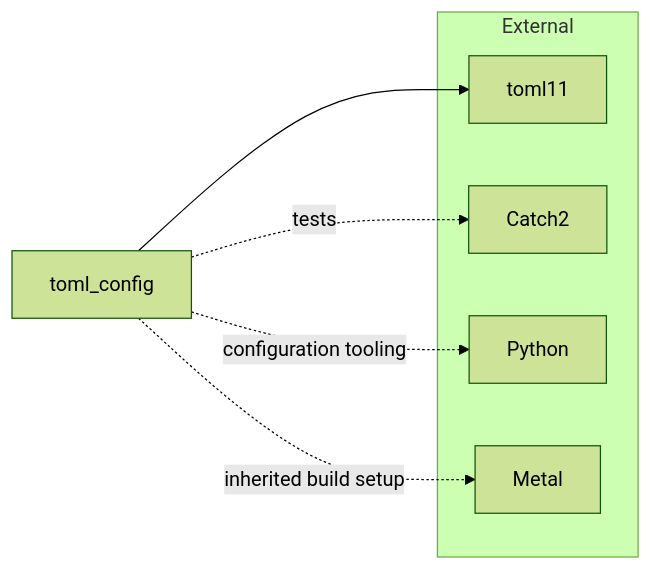
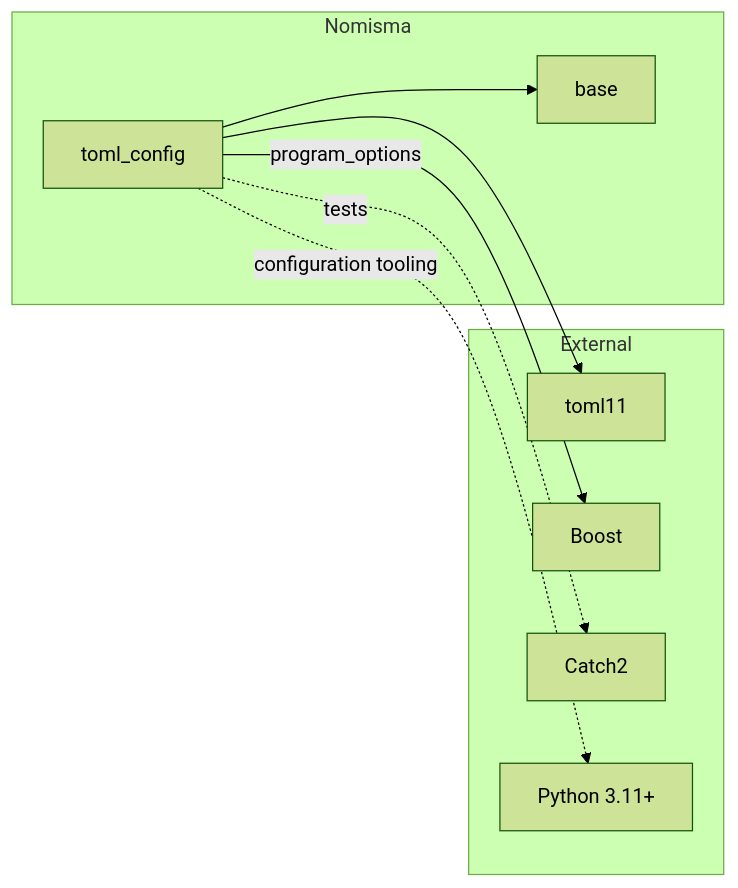
One commit to nomisma-labs/handbook changed the fifth of 7 diagrams in master_plan/core-layer.md. Above: the diagram before and after it, drawn with Mermaid (forest theme). The commit also changed other lines of this file and 2 other files, not shown here.

Commit message:
Update TOML config

````diff
--- a/master_plan/core-layer.md
+++ b/master_plan/core-layer.md
@@ -193,14 +197,18 @@
 ```mermaid
 flowchart LR
-    toml["toml_config"]
+    subgraph nomisma["Nomisma"]
+        toml["toml_config"]
+        base["base"]
+    end
     subgraph external["External"]
         toml11["toml11"]
+        boost["Boost"]
         catch2["Catch2"]
-        python["Python"]
-        metal["Metal"]
+        python["Python 3.11+"]
     end
+    toml --> base
     toml --> toml11
+    toml -- "program_options" --> boost
     toml -. "tests" .-> catch2
     toml -. "configuration tooling" .-> python
-    toml -. "inherited build setup" .-> metal
 ```
````
